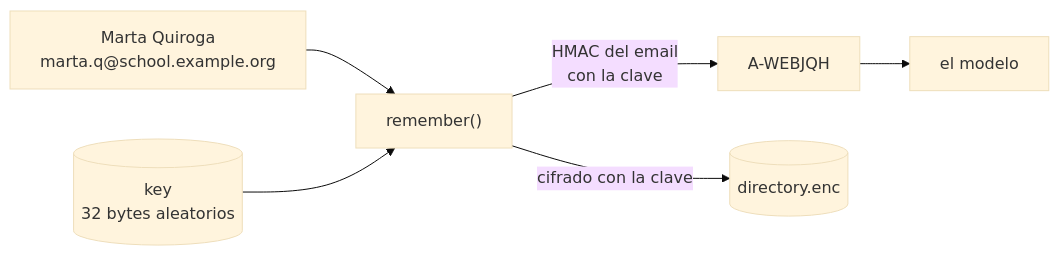
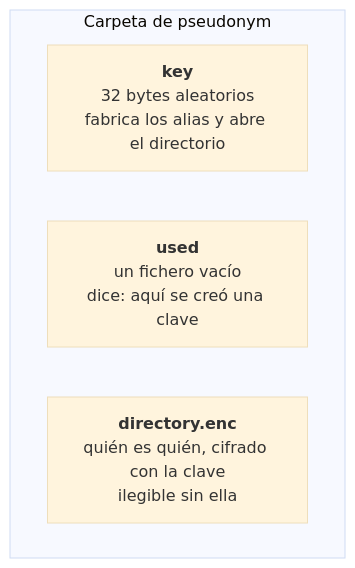
One commit to falkenslab/pseudonym changed the first of 9 diagrams in docs/i18n/es/docusaurus-plugin-content-docs/current/guides/storage.md. Above: the diagram before and after it, drawn with Mermaid (base theme). The commit also changed other lines of this file and 6 other files, not shown here.

First line of the commit message:
docs: step-by-step diagrams for each storage mode

````diff
--- a/docs/i18n/es/docusaurus-plugin-content-docs/current/guides/storage.md
+++ b/docs/i18n/es/docusaurus-plugin-content-docs/current/guides/storage.md
@@ -30,8 +26,8 @@
 ```mermaid
-flowchart LR
-  P["Marta Quiroga<br/>marta.q@school.example.org"] --> R["remember()"]
-  K[("key<br/>32 bytes aleatorios")] --> R
-  R -->|"HMAC del email<br/>con la clave"| A["A-WEBJQH"]
-  A --> M["el modelo"]
-  R -->|"cifrado con la clave"| D[("directory.enc")]
+flowchart TB
+  subgraph F["Carpeta de pseudonym"]
+    K["<b>key</b><br/>32 bytes aleatorios<br/>fabrica los alias y abre el directorio"]
+    U["<b>used</b><br/>un fichero vacío<br/>dice: aquí se creó una clave"]
+    D["<b>directory.enc</b><br/>quién es quién, cifrado con la clave<br/>ilegible sin ella"]
+  end
 ```
````
